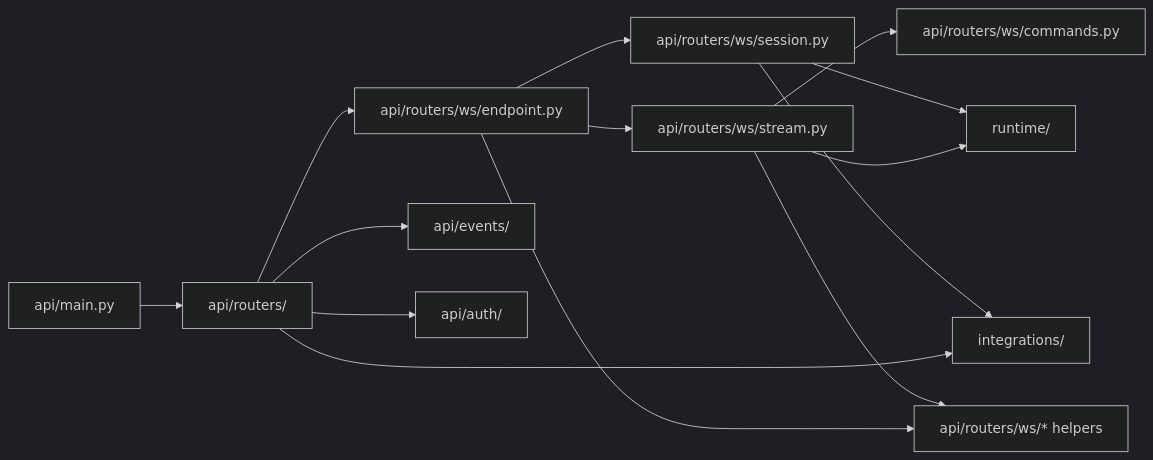
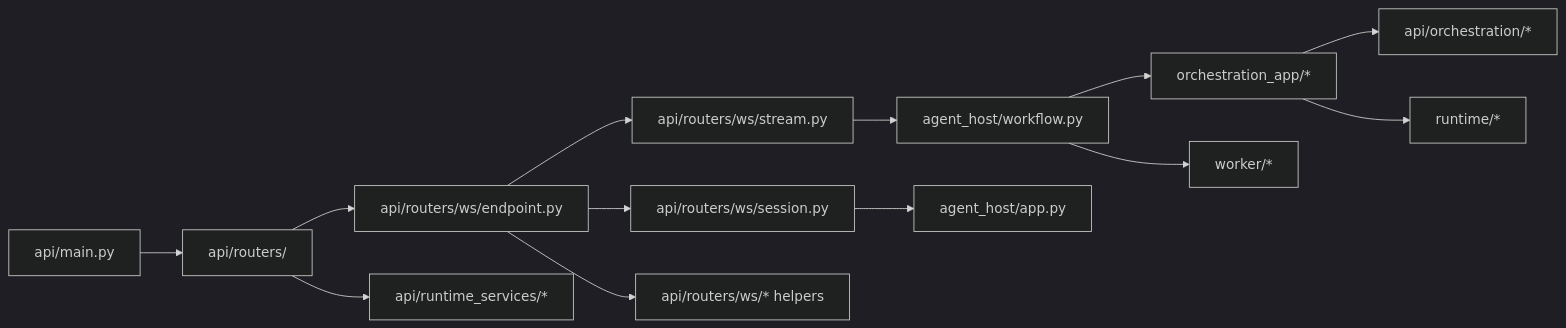
Before and after one commit to Qredence/fleet-rlm: the third of 3 diagrams in docs/reference/module-map.md, drawn with Mermaid (dark theme). The commit also changed other lines of this file and 9 other files, not shown here.

First line of the commit message:
Refresh architecture docs and maps

````diff
--- a/docs/reference/module-map.md
+++ b/docs/reference/module-map.md
@@ -77,28 +93,29 @@
 ```mermaid
 graph LR
     APP["api/main.py"]
     ROUTERS["api/routers/"]
     WS_ENDPOINT["api/routers/ws/endpoint.py"]
     WS_STREAM["api/routers/ws/stream.py"]
     WS_SESSION["api/routers/ws/session.py"]
-    WS_COMMANDS["api/routers/ws/commands.py"]
     WS_HELPERS["api/routers/ws/* helpers"]
-    EXEC["api/events/"]
-    AUTH["api/auth/"]
-    RUNTIME["runtime/"]
-    INTEGRATIONS["integrations/"]
+    RUNTIME_SERVICES["api/runtime_services/*"]
+    HOST_WORKFLOW["agent_host/workflow.py"]
+    HOST_APP["agent_host/app.py"]
+    BRIDGE["orchestration_app/*"]
+    API_BRIDGE["api/orchestration/*"]
+    WORKER["worker/*"]
+    RUNTIME["runtime/*"]
 
     APP --> ROUTERS
-    ROUTERS --> AUTH
     ROUTERS --> WS_ENDPOINT
-    ROUTERS --> EXEC
-    ROUTERS --> INTEGRATIONS
+    ROUTERS --> RUNTIME_SERVICES
     WS_ENDPOINT --> WS_SESSION
     WS_ENDPOINT --> WS_STREAM
     WS_ENDPOINT --> WS_HELPERS
-    WS_STREAM --> WS_COMMANDS
-    WS_STREAM --> WS_HELPERS
-    WS_STREAM --> RUNTIME
-    WS_SESSION --> RUNTIME
-    WS_SESSION --> INTEGRATIONS
+    WS_STREAM --> HOST_WORKFLOW
+    WS_SESSION --> HOST_APP
+    HOST_WORKFLOW --> BRIDGE
+    HOST_WORKFLOW --> WORKER
+    BRIDGE --> API_BRIDGE
+    BRIDGE --> RUNTIME
 ```
````
